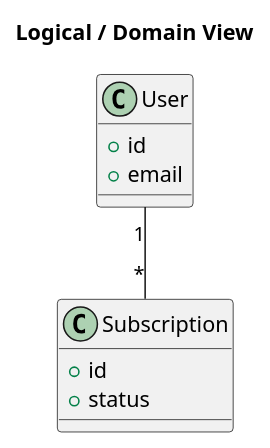
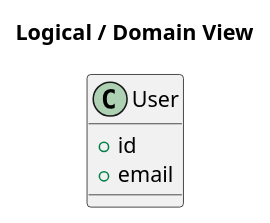
The diagram in docs/diagrams/hover-and-click/logical.md (SevDev21/disney-ai-plus), drawn with PlantUML before and after one commit. The commit also changed other lines of this file and 11 other files, not shown here.

Commit message:
Update architecture & diagrams for project 'hover-and-click'

````diff
--- a/docs/diagrams/hover-and-click/logical.md
+++ b/docs/diagrams/hover-and-click/logical.md
@@ -13,21 +13,12 @@
 ```plantuml
-'Video Metadata Viewer – logical diagram stub
-'A system that allows users to view metadata of existing videos upon clicking them.
-
 @startuml
 title Logical / Domain View
 
 class User {
   +id
   +email
 }
 
-class Subscription {
-  +id
-  +status
-}
-
-User "1" -- "*" Subscription
 
 @enduml
 ```
````
